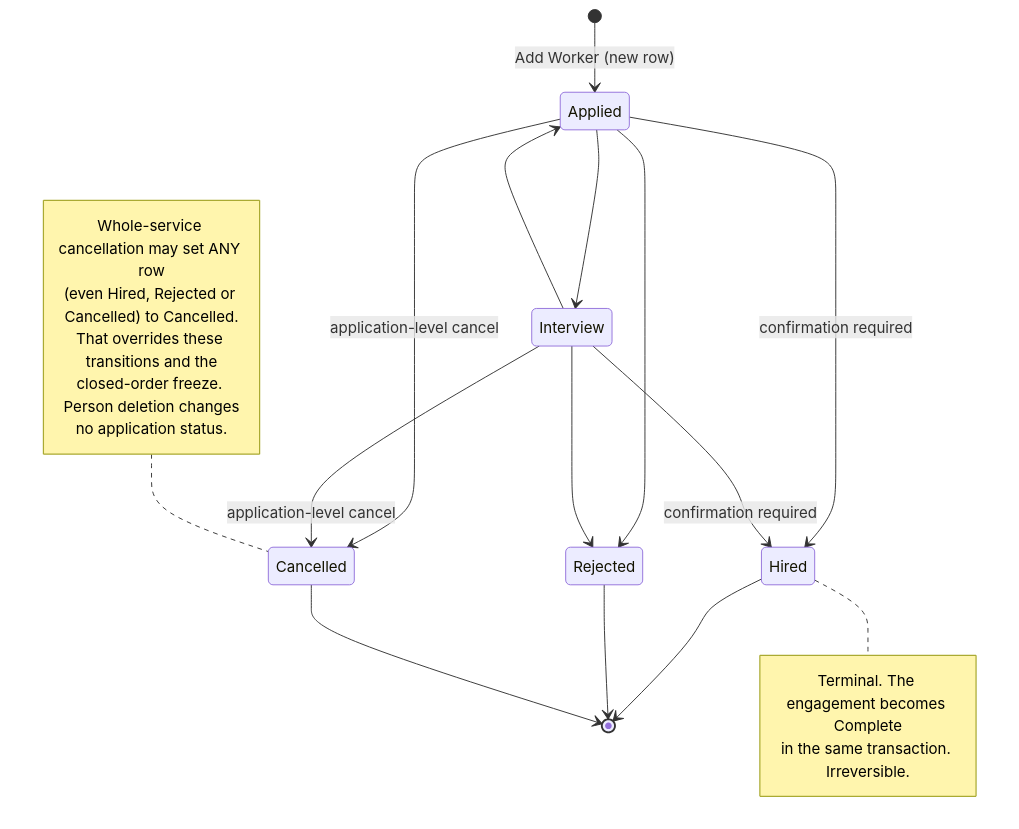
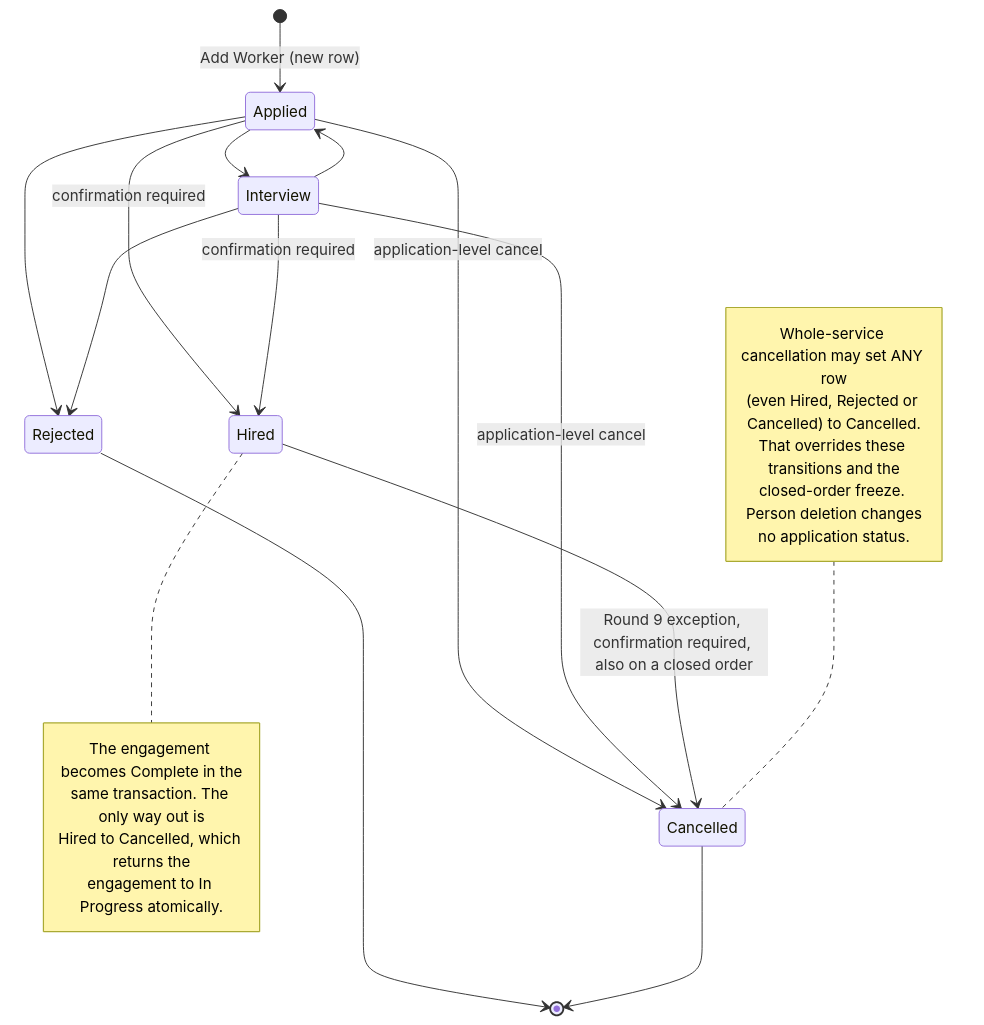
One commit to Zin-Mg-Nyunt/Thai_Visa_Services changed the second of 5 diagrams in Project Resource/Thai Visa Management Web App – High-Level Design (v0.9).md. Above: the diagram before and after it, drawn with Mermaid. The commit also changed other lines of this file and 44 other files, not shown here.

First line of the commit message:
Phase 4 steps 9-10 (round 9-10): close job order, Hired -> Cancelled, live Money, same-order reapplication

````diff
--- a/Project Resource/Thai Visa Management Web App – High-Level Design (v0.9).md
+++ b/Project Resource/Thai Visa Management Web App – High-Level Design (v0.9).md
@@ -267,26 +278,28 @@
 ```mermaid
 stateDiagram-v2
     [*] --> Applied : Add Worker (new row)
     Applied --> Interview
     Interview --> Applied
     Applied --> Hired : confirmation required
     Interview --> Hired : confirmation required
     Applied --> Rejected
     Interview --> Rejected
     Applied --> Cancelled : application-level cancel
     Interview --> Cancelled : application-level cancel
-    Hired --> [*]
+    Hired --> Cancelled : Round 9 exception, confirmation required, also on a closed order
     Rejected --> [*]
     Cancelled --> [*]
     note right of Hired
-      Terminal. The engagement becomes Complete
-      in the same transaction. Irreversible.
+      The engagement becomes Complete in the
+      same transaction. The only way out is
+      Hired to Cancelled, which returns the
+      engagement to In Progress atomically.
     end note
     note left of Cancelled
       Whole-service cancellation may set ANY row
       (even Hired, Rejected or Cancelled) to Cancelled.
       That overrides these transitions and the
       closed-order freeze. Person deletion changes
       no application status.
     end note
 ```
````
